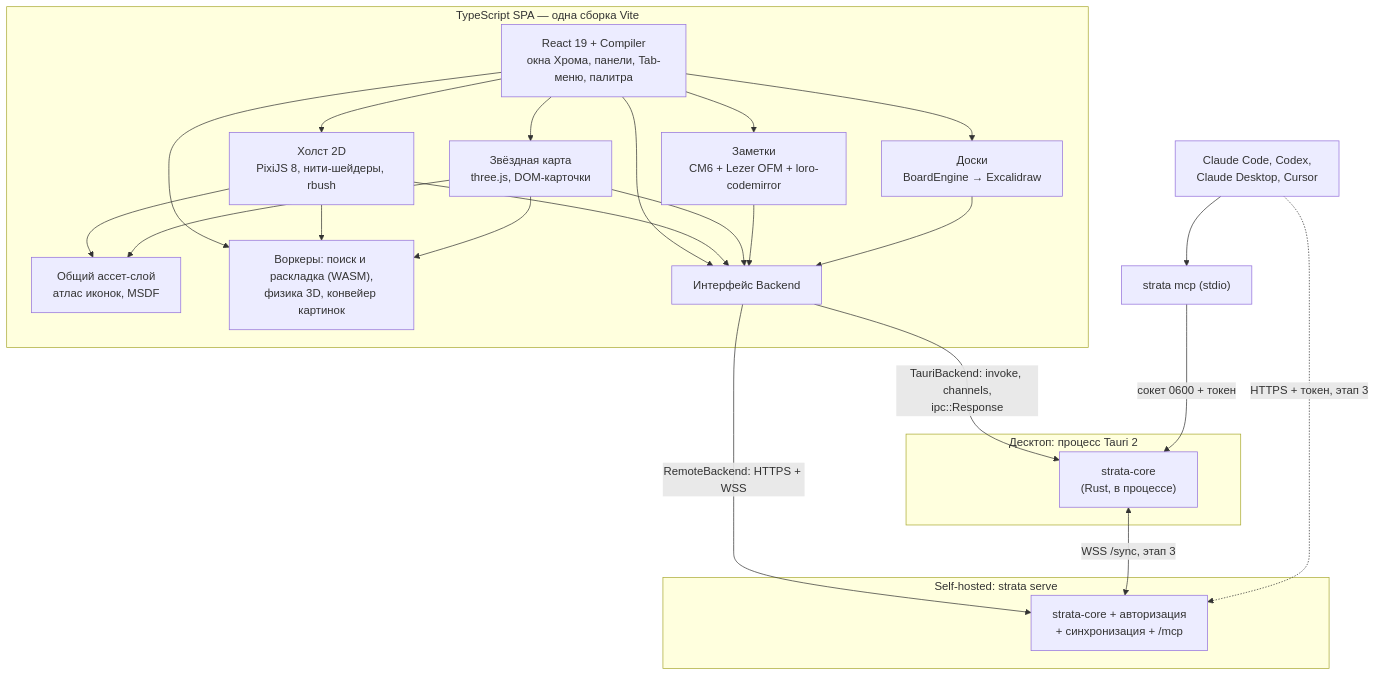
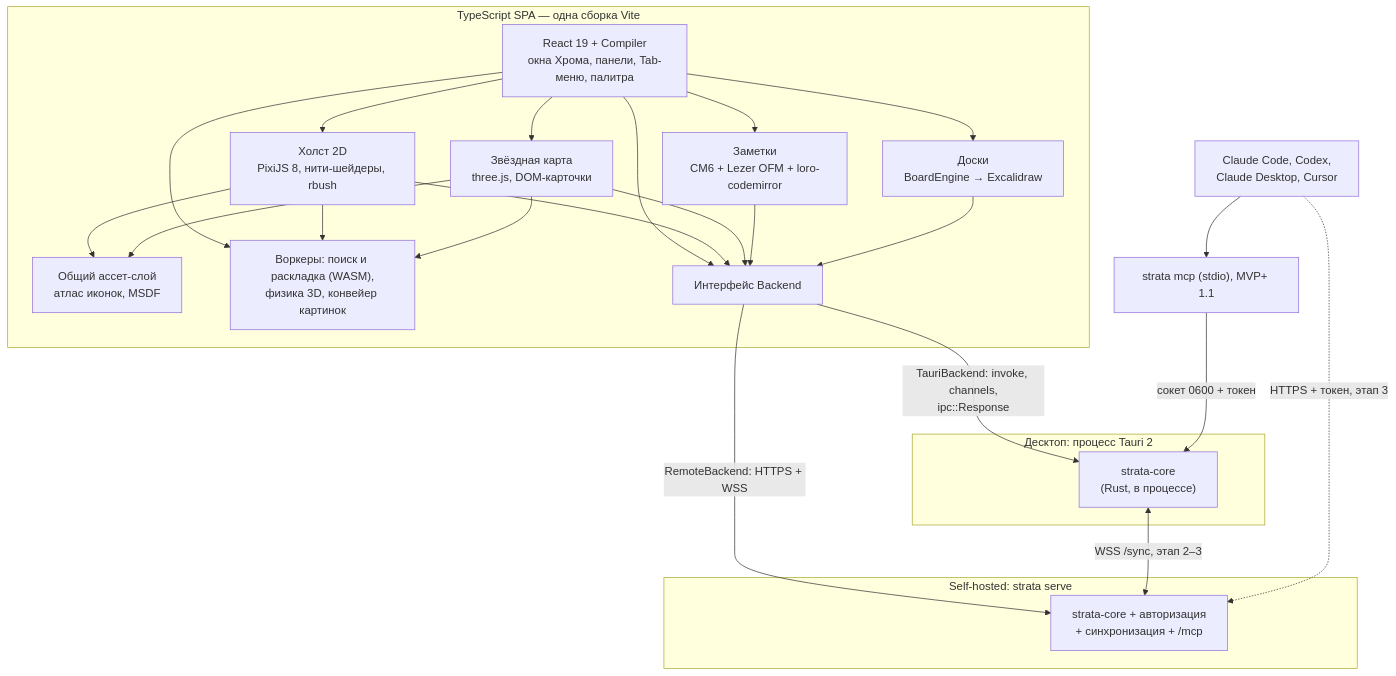
One commit to AntonZyuzin/Strata changed the first of 10 diagrams in docs/15-architecture.md. Above: the diagram before and after it, drawn with Mermaid. The commit also changed other lines of this file and 15 other files, not shown here.

First line of the commit message:
docs: apply consistency fixes to design, 3D, storage, server, MCP, interop, NFR, architecture, roadmap, ADRs and traceability

````diff
--- a/docs/15-architecture.md
+++ b/docs/15-architecture.md
@@ -22,39 +22,39 @@
 ```mermaid
 flowchart TB
   subgraph SPA["TypeScript SPA — одна сборка Vite"]
     UI["React 19 + Compiler<br/>окна Хрома, панели, Tab-меню, палитра"]
     CV["Холст 2D<br/>PixiJS 8, нити-шейдеры, rbush"]
     V3["Звёздная карта<br/>three.js, DOM-карточки"]
     ED["Заметки<br/>CM6 + Lezer OFM + loro-codemirror"]
     BD["Доски<br/>BoardEngine → Excalidraw"]
     SA["Общий ассет-слой<br/>атлас иконок, MSDF"]
     WK["Воркеры: поиск и раскладка (WASM),<br/>физика 3D, конвейер картинок"]
     BE["Интерфейс Backend"]
   end
   UI --> CV
   UI --> V3
   UI --> ED
   UI --> BD
   CV --> SA
   V3 --> SA
   UI --> WK
   CV --> WK
   V3 --> WK
   UI --> BE
   CV --> BE
   V3 --> BE
   ED --> BE
   BD --> BE
   subgraph DESK["Десктоп: процесс Tauri 2"]
     CORE["strata-core<br/>(Rust, в процессе)"]
   end
   subgraph SRVG["Self-hosted: strata serve"]
     SCORE["strata-core + авторизация<br/>+ синхронизация + /mcp"]
   end
   BE -->|"TauriBackend: invoke, channels,<br/>ipc::Response"| CORE
   BE -->|"RemoteBackend: HTTPS + WSS"| SCORE
-  CORE <-->|"WSS /sync, этап 3"| SCORE
-  LAU["strata mcp (stdio)"] -->|"сокет 0600 + токен"| CORE
+  CORE <-->|"WSS /sync, этап 2–3"| SCORE
+  LAU["strata mcp (stdio), MVP+ 1.1"] -->|"сокет 0600 + токен"| CORE
   AGT["Claude Code, Codex,<br/>Claude Desktop, Cursor"] --> LAU
   AGT -.->|"HTTPS + токен, этап 3"| SCORE
 ```
````
